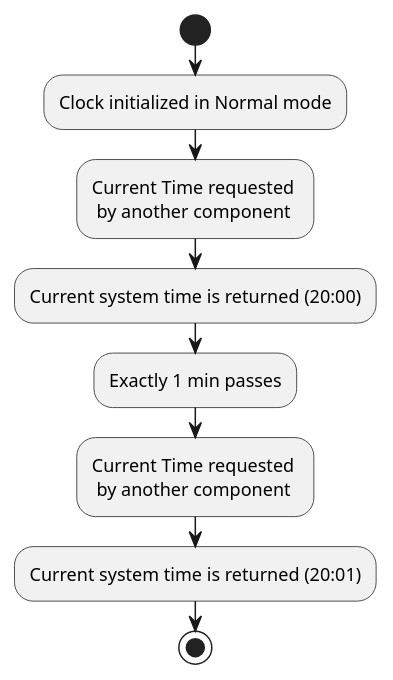
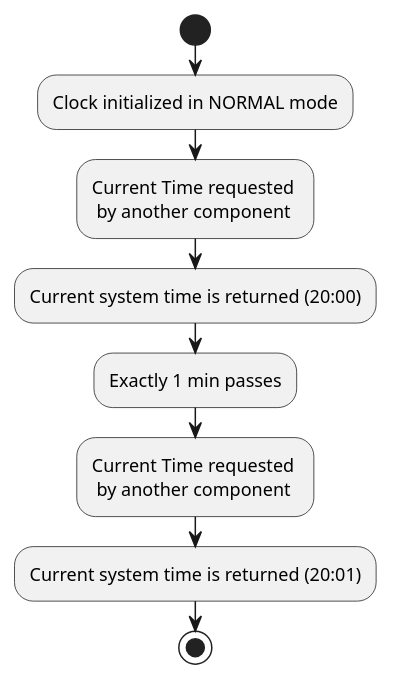
One commit to pr4aveen/tp changed the diagram in docs/diagrams/ClockActivityDiagram1.puml. Above: the diagram before and after it, drawn with PlantUML. The commit also changed 13 other files, not shown here.

```diff
--- a/docs/diagrams/ClockActivityDiagram1.puml
+++ b/docs/diagrams/ClockActivityDiagram1.puml
@@ -1,16 +1,16 @@
 @startuml
 start
-:Clock initialized in Normal mode;
+:Clock initialized in NORMAL mode;
 
 :Current Time requested \n by another component;
 
 :Current system time is returned (20:00);
 
 :Exactly 1 min passes;
 
 :Current Time requested \n by another component;
 
 :Current system time is returned (20:01);
 
 stop
 @enduml
```
